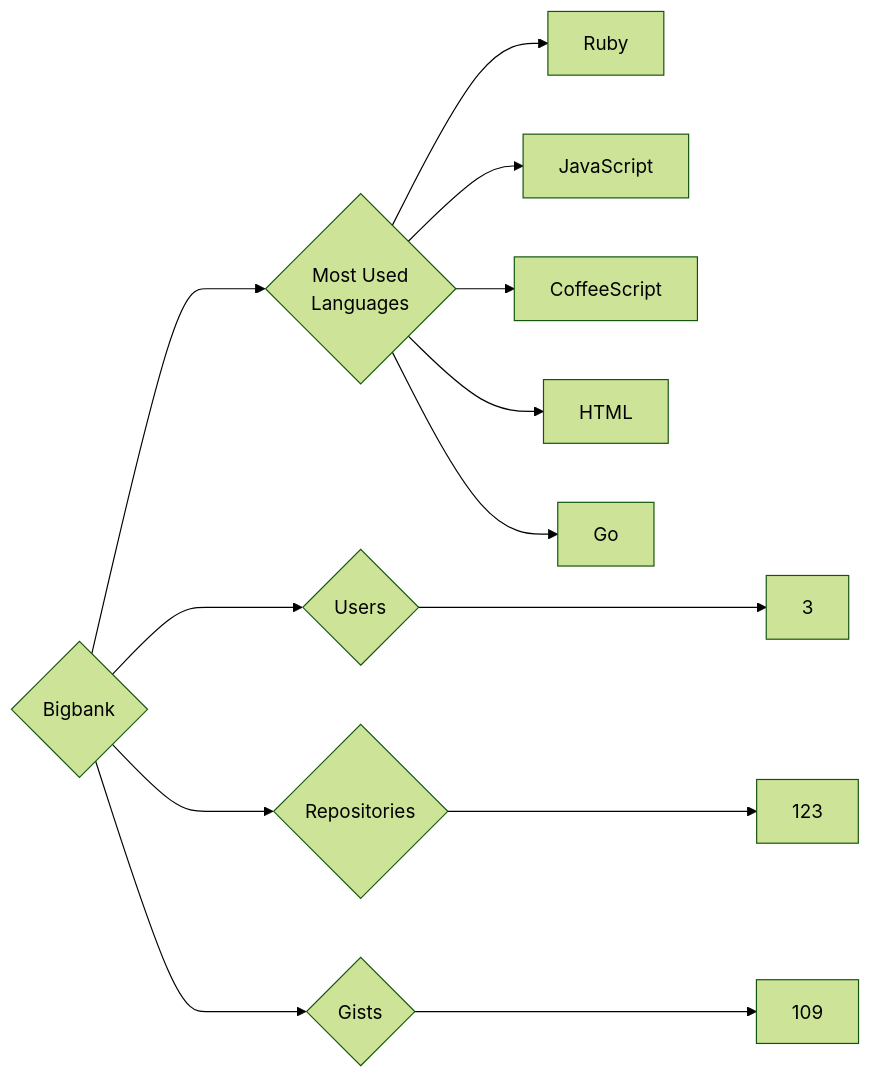
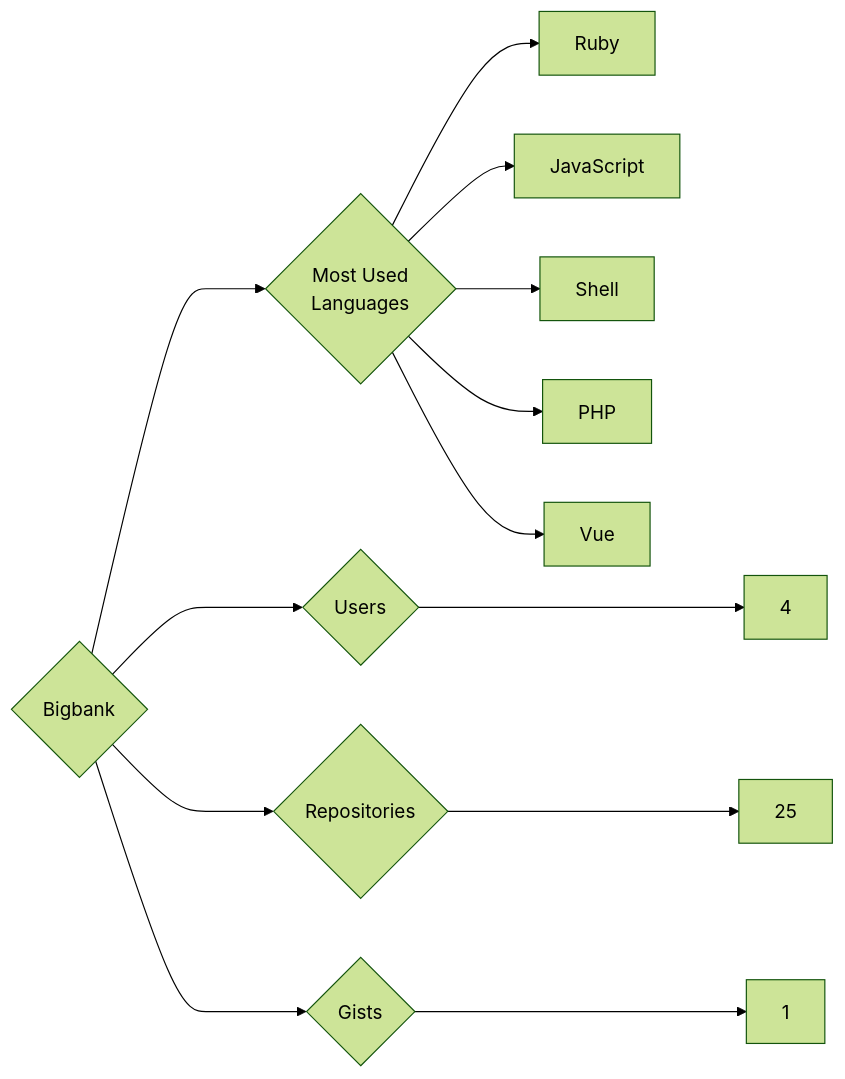
Before and after one commit to trickest/insiders: the diagram in targets/Bigbank/README.md, drawn with Mermaid (forest theme). The commit also changed 932 other files, not shown here.

````diff
--- a/targets/Bigbank/README.md
+++ b/targets/Bigbank/README.md
@@ -3,13 +3,13 @@
 ```mermaid
 graph LR
 COMPANY_NAME{Bigbank}
-COMPANY_NAME ---> U{Users} ---> UN[3]
-COMPANY_NAME ---> R{Repositories} ---> RN[123]
-COMPANY_NAME ---> G{Gists} ---> GN[109]
+COMPANY_NAME ---> U{Users} ---> UN[4]
+COMPANY_NAME ---> R{Repositories} ---> RN[25]
+COMPANY_NAME ---> G{Gists} ---> GN[1]
 COMPANY_NAME ---> ML{Most Used<br>Languages}
 ML --> Ruby[Ruby]
 ML --> JavaScript[JavaScript]
-ML --> CoffeeScript[CoffeeScript]
-ML --> HTML[HTML]
-ML --> Go[Go]
+ML --> Shell[Shell]
+ML --> PHP[PHP]
+ML --> Vue[Vue]
 ```
````
